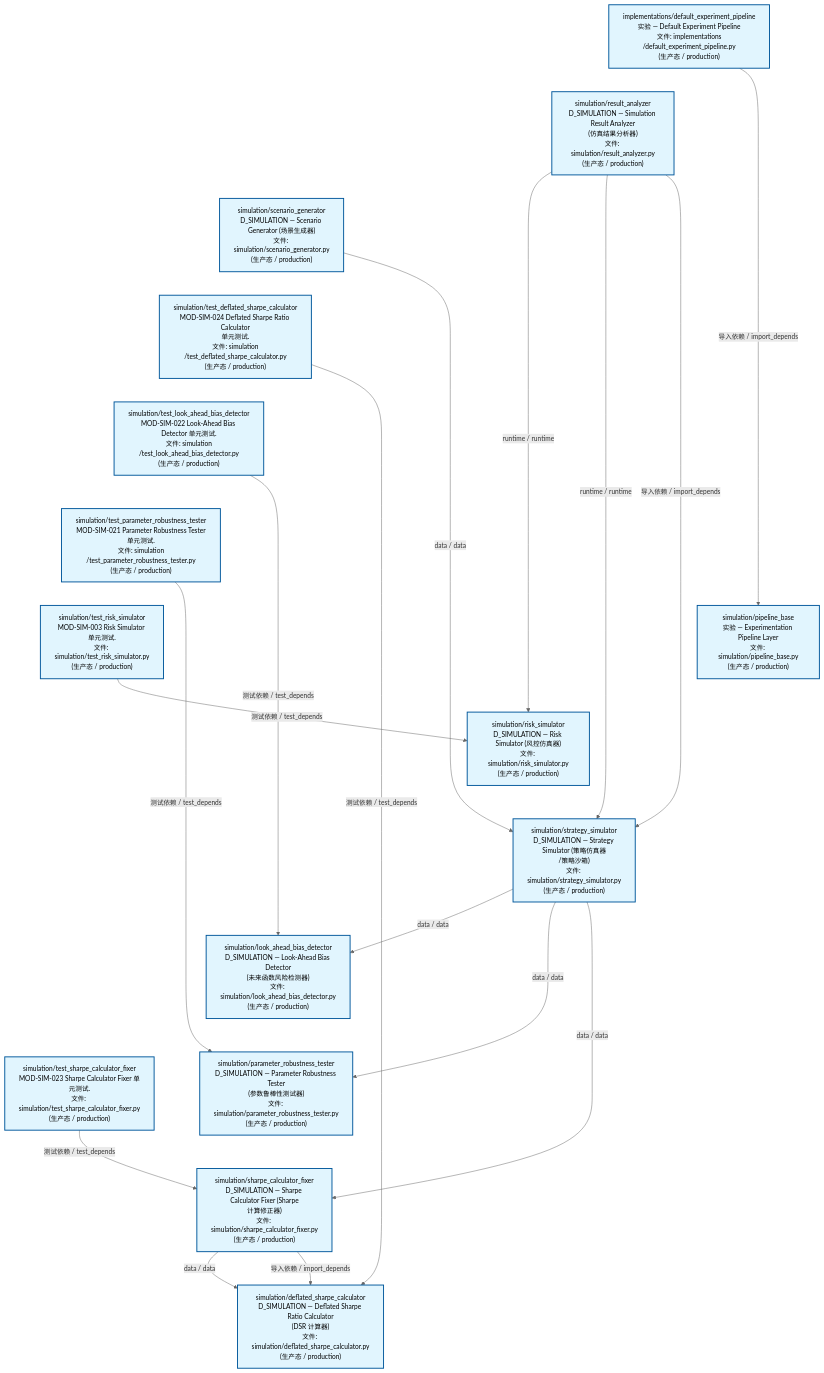
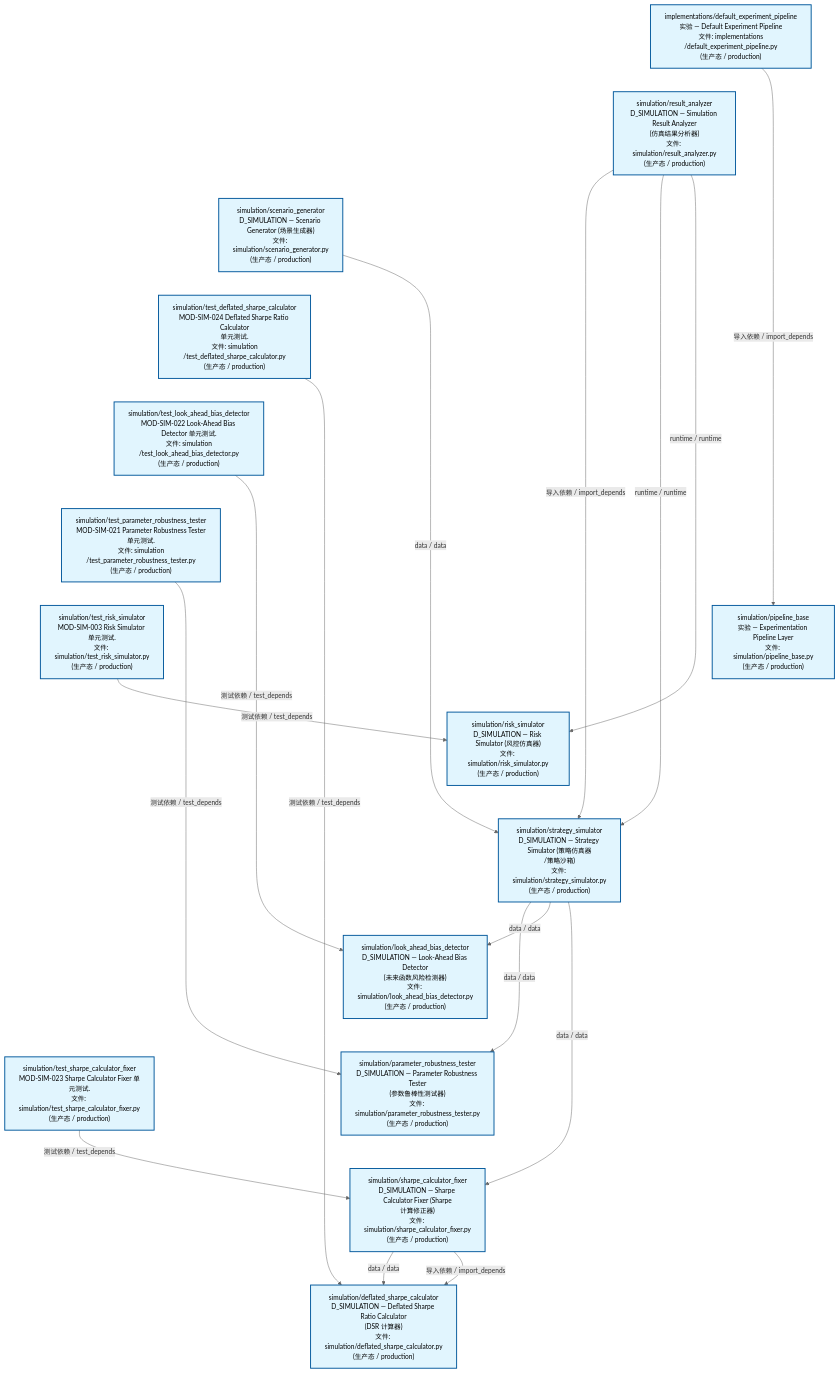
One commit to xuanFelixVan/ZephyrAlpha changed the second of 3 diagrams in docs/02_enterprise_architecture/02_domain_architecture_docs/70_d_simulation.md. Above: the diagram before and after it, drawn with Mermaid. The commit also changed other lines of this file and 147 other files, not shown here.

````diff
--- a/docs/02_enterprise_architecture/02_domain_architecture_docs/70_d_simulation.md
+++ b/docs/02_enterprise_architecture/02_domain_architecture_docs/70_d_simulation.md
@@ -120,50 +120,50 @@
 ```mermaid
 %%{init: {'theme': 'base', 'themeVariables': {'primaryColor': '#eaeaea', 'primaryTextColor': '#333333', 'primaryBorderColor': '#666666', 'lineColor': '#666666', 'secondaryColor': '#eaeaea', 'tertiaryColor': '#eaeaea', 'fontSize': '14px'}}}%%
 flowchart TD
     src_zephyr_simulation_implementations_default_experiment_pipeline_py["implementations/default_experiment_pipeline<br/>实验 — Default Experiment Pipeline<br/>文件: implementations<br/>/default_experiment_pipeline.py<br/>(生产态 / production)"]
     src_zephyr_simulation_result_analyzer_py["simulation/result_analyzer<br/>D_SIMULATION — Simulation Result Analyzer<br/>(仿真结果分析器)<br/>文件: simulation/result_analyzer.py<br/>(生产态 / production)"]
     src_zephyr_simulation_scenario_generator_py["simulation/scenario_generator<br/>D_SIMULATION — Scenario Generator (场景生成器)<br/>文件: simulation/scenario_generator.py<br/>(生产态 / production)"]
     tests_simulation_test_deflated_sharpe_calculator_py["simulation/test_deflated_sharpe_calculator<br/>MOD-SIM-024 Deflated Sharpe Ratio Calculator<br/>单元测试.<br/>文件: simulation<br/>/test_deflated_sharpe_calculator.py<br/>(生产态 / production)"]
     tests_simulation_test_look_ahead_bias_detector_py["simulation/test_look_ahead_bias_detector<br/>MOD-SIM-022 Look-Ahead Bias Detector 单元测试.<br/>文件: simulation<br/>/test_look_ahead_bias_detector.py<br/>(生产态 / production)"]
     tests_simulation_test_parameter_robustness_tester_py["simulation/test_parameter_robustness_tester<br/>MOD-SIM-021 Parameter Robustness Tester<br/>单元测试.<br/>文件: simulation<br/>/test_parameter_robustness_tester.py<br/>(生产态 / production)"]
     tests_simulation_test_risk_simulator_py["simulation/test_risk_simulator<br/>MOD-SIM-003 Risk Simulator 单元测试.<br/>文件: simulation/test_risk_simulator.py<br/>(生产态 / production)"]
     tests_simulation_test_sharpe_calculator_fixer_py["simulation/test_sharpe_calculator_fixer<br/>MOD-SIM-023 Sharpe Calculator Fixer 单元测试.<br/>文件: simulation/test_sharpe_calculator_fixer.py<br/>(生产态 / production)"]
     src_zephyr_simulation_implementations_default_experiment_pipeline_py ~~~ src_zephyr_simulation_result_analyzer_py
     src_zephyr_simulation_result_analyzer_py ~~~ src_zephyr_simulation_scenario_generator_py
     src_zephyr_simulation_scenario_generator_py ~~~ tests_simulation_test_deflated_sharpe_calculator_py
     tests_simulation_test_deflated_sharpe_calculator_py ~~~ tests_simulation_test_look_ahead_bias_detector_py
     tests_simulation_test_look_ahead_bias_detector_py ~~~ tests_simulation_test_parameter_robustness_tester_py
     tests_simulation_test_parameter_robustness_tester_py ~~~ tests_simulation_test_risk_simulator_py
     tests_simulation_test_risk_simulator_py ~~~ tests_simulation_test_sharpe_calculator_fixer_py
     src_zephyr_simulation_pipeline_base_py["simulation/pipeline_base<br/>实验 — Experimentation Pipeline Layer<br/>文件: simulation/pipeline_base.py<br/>(生产态 / production)"]
     src_zephyr_simulation_risk_simulator_py["simulation/risk_simulator<br/>D_SIMULATION — Risk Simulator (风控仿真器)<br/>文件: simulation/risk_simulator.py<br/>(生产态 / production)"]
     src_zephyr_simulation_strategy_simulator_py["simulation/strategy_simulator<br/>D_SIMULATION — Strategy Simulator (策略仿真器<br/>/策略沙箱)<br/>文件: simulation/strategy_simulator.py<br/>(生产态 / production)"]
     src_zephyr_simulation_pipeline_base_py ~~~ src_zephyr_simulation_risk_simulator_py
     src_zephyr_simulation_risk_simulator_py ~~~ src_zephyr_simulation_strategy_simulator_py
     src_zephyr_simulation_look_ahead_bias_detector_py["simulation/look_ahead_bias_detector<br/>D_SIMULATION — Look-Ahead Bias Detector<br/>(未来函数风险检测器)<br/>文件: simulation/look_ahead_bias_detector.py<br/>(生产态 / production)"]
     src_zephyr_simulation_parameter_robustness_tester_py["simulation/parameter_robustness_tester<br/>D_SIMULATION — Parameter Robustness Tester<br/>(参数鲁棒性测试器)<br/>文件: simulation/parameter_robustness_tester.py<br/>(生产态 / production)"]
     src_zephyr_simulation_sharpe_calculator_fixer_py["simulation/sharpe_calculator_fixer<br/>D_SIMULATION — Sharpe Calculator Fixer (Sharpe<br/>计算修正器)<br/>文件: simulation/sharpe_calculator_fixer.py<br/>(生产态 / production)"]
     src_zephyr_simulation_look_ahead_bias_detector_py ~~~ src_zephyr_simulation_parameter_robustness_tester_py
     src_zephyr_simulation_parameter_robustness_tester_py ~~~ src_zephyr_simulation_sharpe_calculator_fixer_py
     src_zephyr_simulation_deflated_sharpe_calculator_py["simulation/deflated_sharpe_calculator<br/>D_SIMULATION — Deflated Sharpe Ratio Calculator<br/>(DSR 计算器)<br/>文件: simulation/deflated_sharpe_calculator.py<br/>(生产态 / production)"]
+    src_zephyr_simulation_result_analyzer_py -->|导入依赖 / import_depends| src_zephyr_simulation_strategy_simulator_py
+    src_zephyr_simulation_result_analyzer_py -->|runtime / runtime| src_zephyr_simulation_strategy_simulator_py
     src_zephyr_simulation_result_analyzer_py -->|runtime / runtime| src_zephyr_simulation_risk_simulator_py
-    src_zephyr_simulation_result_analyzer_py -->|runtime / runtime| src_zephyr_simulation_strategy_simulator_py
-    src_zephyr_simulation_result_analyzer_py -->|导入依赖 / import_depends| src_zephyr_simulation_strategy_simulator_py
+    src_zephyr_simulation_strategy_simulator_py -->|data / data| src_zephyr_simulation_parameter_robustness_tester_py
     src_zephyr_simulation_strategy_simulator_py -->|data / data| src_zephyr_simulation_look_ahead_bias_detector_py
-    src_zephyr_simulation_strategy_simulator_py -->|data / data| src_zephyr_simulation_parameter_robustness_tester_py
     src_zephyr_simulation_strategy_simulator_py -->|data / data| src_zephyr_simulation_sharpe_calculator_fixer_py
     src_zephyr_simulation_scenario_generator_py -->|data / data| src_zephyr_simulation_strategy_simulator_py
     src_zephyr_simulation_sharpe_calculator_fixer_py -->|data / data| src_zephyr_simulation_deflated_sharpe_calculator_py
     src_zephyr_simulation_sharpe_calculator_fixer_py -->|导入依赖 / import_depends| src_zephyr_simulation_deflated_sharpe_calculator_py
     src_zephyr_simulation_implementations_default_experiment_pipeline_py -->|导入依赖 / import_depends| src_zephyr_simulation_pipeline_base_py
-    tests_simulation_test_deflated_sharpe_calculator_py -->|测试依赖 / test_depends| src_zephyr_simulation_deflated_sharpe_calculator_py
     tests_simulation_test_parameter_robustness_tester_py -->|测试依赖 / test_depends| src_zephyr_simulation_parameter_robustness_tester_py
     tests_simulation_test_look_ahead_bias_detector_py -->|测试依赖 / test_depends| src_zephyr_simulation_look_ahead_bias_detector_py
     tests_simulation_test_risk_simulator_py -->|测试依赖 / test_depends| src_zephyr_simulation_risk_simulator_py
     tests_simulation_test_sharpe_calculator_fixer_py -->|测试依赖 / test_depends| src_zephyr_simulation_sharpe_calculator_fixer_py
+    tests_simulation_test_deflated_sharpe_calculator_py -->|测试依赖 / test_depends| src_zephyr_simulation_deflated_sharpe_calculator_py
     classDef production fill:#e1f5fe,stroke:#01579b,stroke-width:2px,color:#000
     classDef design fill:#fff3e0,stroke:#e65100,stroke-width:2px,color:#000,stroke-dasharray: 5 5
     classDef external_prod fill:#e8f4fd,stroke:#0277bd,stroke-width:1px,color:#000
     classDef external_design fill:#fff8e7,stroke:#ef6c00,stroke-width:1px,color:#000,stroke-dasharray: 5 5
     class src_zephyr_simulation_deflated_sharpe_calculator_py,src_zephyr_simulation_implementations_default_experiment_pipeline_py,src_zephyr_simulation_look_ahead_bias_detector_py,src_zephyr_simulation_parameter_robustness_tester_py,src_zephyr_simulation_pipeline_base_py,src_zephyr_simulation_result_analyzer_py,src_zephyr_simulation_risk_simulator_py,src_zephyr_simulation_scenario_generator_py,src_zephyr_simulation_sharpe_calculator_fixer_py,src_zephyr_simulation_strategy_simulator_py,tests_simulation_test_deflated_sharpe_calculator_py,tests_simulation_test_look_ahead_bias_detector_py,tests_simulation_test_parameter_robustness_tester_py,tests_simulation_test_risk_simulator_py,tests_simulation_test_sharpe_calculator_fixer_py production
 ```
````
